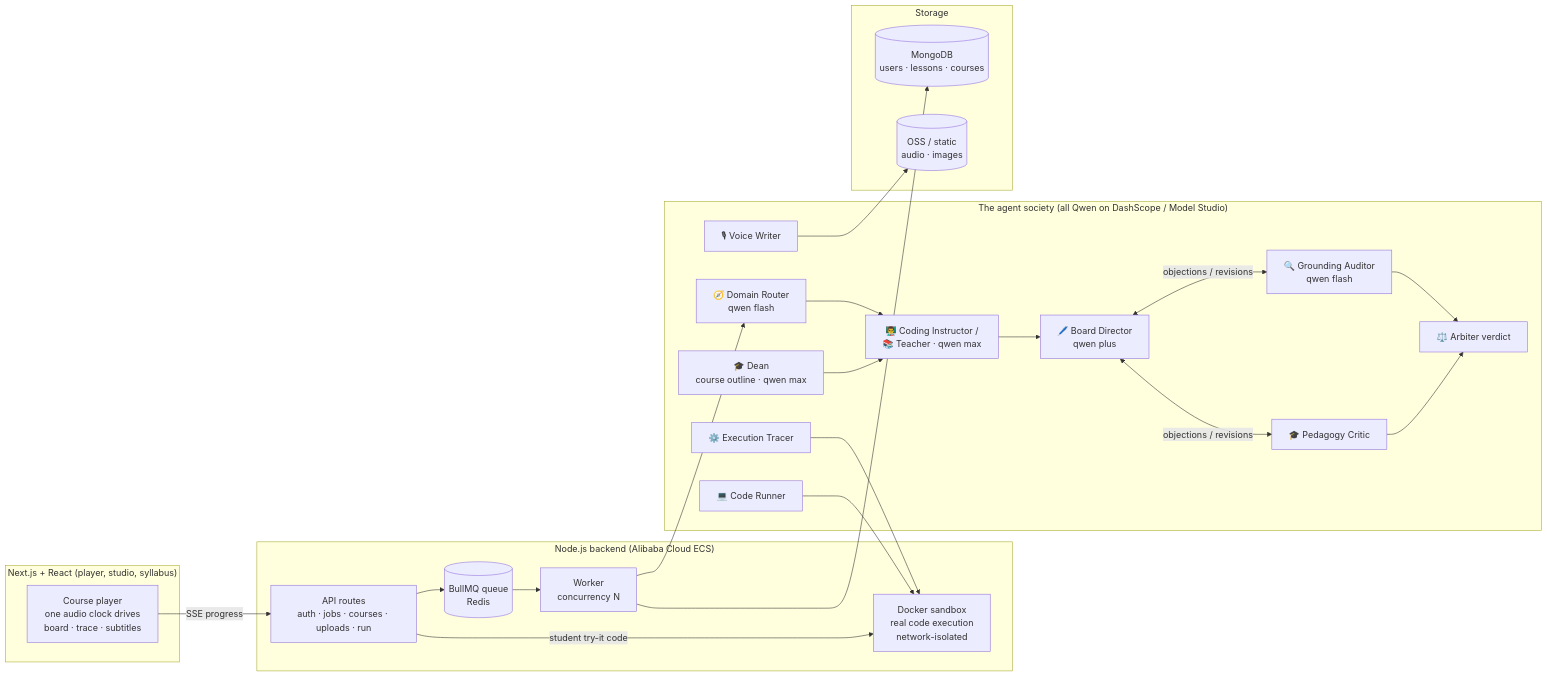
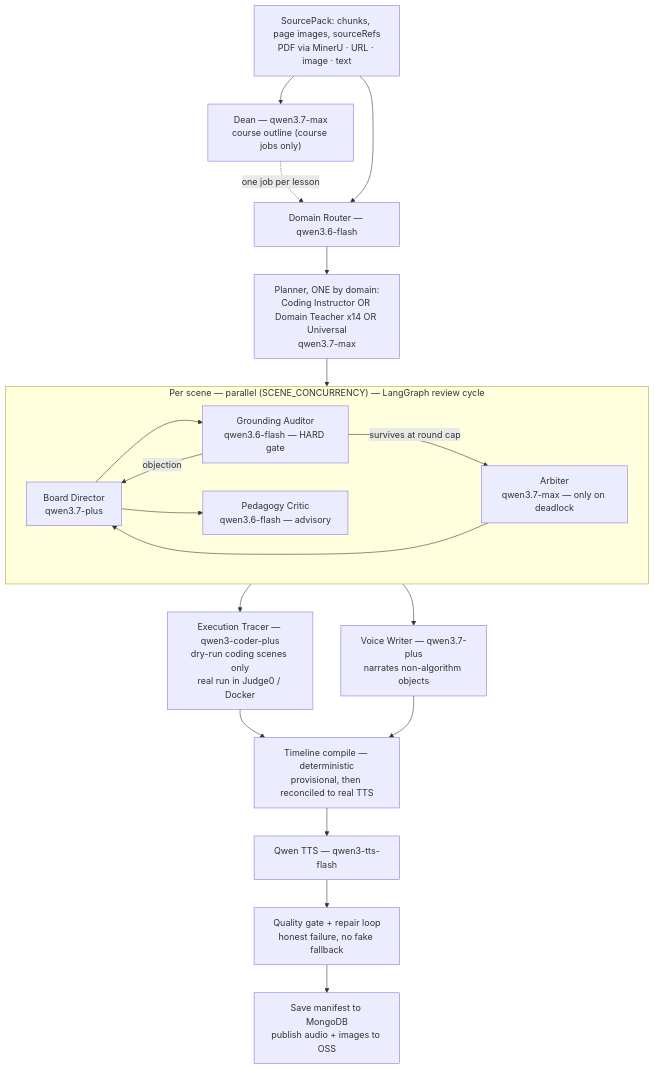
The second of 2 diagrams in forever/README.md (auth889-ai/ai-live-tutor), drawn with Mermaid before and after one commit. The commit also changed other lines of this file and 1 other file, not shown here.

First line of the commit message:
Correct + upgrade architecture in both READMEs (code-traced)

````diff
--- a/forever/README.md
+++ b/forever/README.md
@@ -117,37 +155,31 @@
 ```mermaid
-flowchart LR
-    subgraph Client["Next.js + React (player, studio, syllabus)"]
-        UI[Course player<br/>one audio clock drives<br/>board · trace · subtitles]
+flowchart TB
+    SP["SourcePack: chunks, page images, sourceRefs<br/>PDF via MinerU · URL · image · text"]
+    DEAN["Dean — qwen3.7-max<br/>course outline (course jobs only)"]
+    R["Domain Router — qwen3.6-flash"]
+    PL["Planner, ONE by domain:<br/>Coding Instructor OR Domain Teacher x14 OR Universal<br/>qwen3.7-max"]
+    SP --> DEAN
+    DEAN -.->|one job per lesson| R
+    SP --> R --> PL --> SCENES
+
+    subgraph SCENES["Per scene — parallel (SCENE_CONCURRENCY) — LangGraph review cycle"]
+        direction LR
+        BD["Board Director<br/>qwen3.7-plus"]
+        GA["Grounding Auditor<br/>qwen3.6-flash — HARD gate"]
+        PC["Pedagogy Critic<br/>qwen3.6-flash — advisory"]
+        AR["Arbiter<br/>qwen3.7-max — only on deadlock"]
+        BD --> GA
+        BD --> PC
+        GA -->|objection| BD
+        GA -->|survives at round cap| AR
+        AR --> BD
     end
-    subgraph Backend["Node.js backend (Alibaba Cloud ECS)"]
-        API[API routes<br/>auth · jobs · courses · uploads · run]
-        Q[(BullMQ queue<br/>Redis)]
-        W[Worker<br/>concurrency N]
-        SB[Docker sandbox<br/>real code execution<br/>network-isolated]
-    end
-    subgraph Society["The agent society (all Qwen on DashScope / Model Studio)"]
-        R[🧭 Domain Router<br/>qwen flash]
-        D[🎓 Dean<br/>course outline · qwen max]
-        CI[👨‍🏫 Coding Instructor /<br/>📚 Teacher · qwen max]
-        BD[🖊️ Board Director<br/>qwen plus]
-        ET[⚙️ Execution Tracer]
-        CR[💻 Code Runner]
-        VW[🎙 Voice Writer]
-        GA[🔍 Grounding Auditor<br/>qwen flash]
-        PC[🎓 Pedagogy Critic]
-        AR[⚖️ Arbiter verdict]
-    end
-    subgraph Data["Storage"]
-        M[(MongoDB<br/>users · lessons · courses)]
-        F[(OSS / static<br/>audio · images)]
-    end
-    UI -->|SSE progress| API --> Q --> W
-    W --> R --> CI --> BD
-    D --> CI
-    BD <-->|objections / revisions| GA & PC --> AR
-    ET --> SB
-    CR --> SB
-    W --> M
-    VW --> F
-    API -->|student try-it code| SB
+
+    SCENES --> ET["Execution Tracer — qwen3-coder-plus<br/>dry-run coding scenes only<br/>real run in Judge0 / Docker"]
+    SCENES --> VW["Voice Writer — qwen3.7-plus<br/>narrates non-algorithm objects"]
+    ET --> TL["Timeline compile — deterministic<br/>provisional, then reconciled to real TTS"]
+    VW --> TL
+    TL --> TTS["Qwen TTS — qwen3-tts-flash"]
+    TTS --> GATE["Quality gate + repair loop<br/>honest failure, no fake fallback"]
+    GATE --> SAVE["Save manifest to MongoDB<br/>publish audio + images to OSS"]
 ```
````
